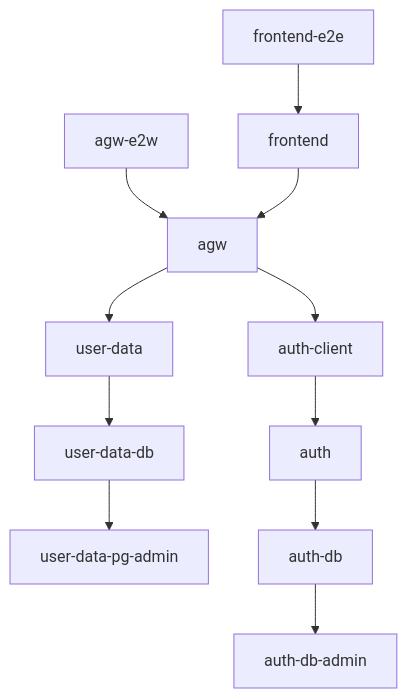
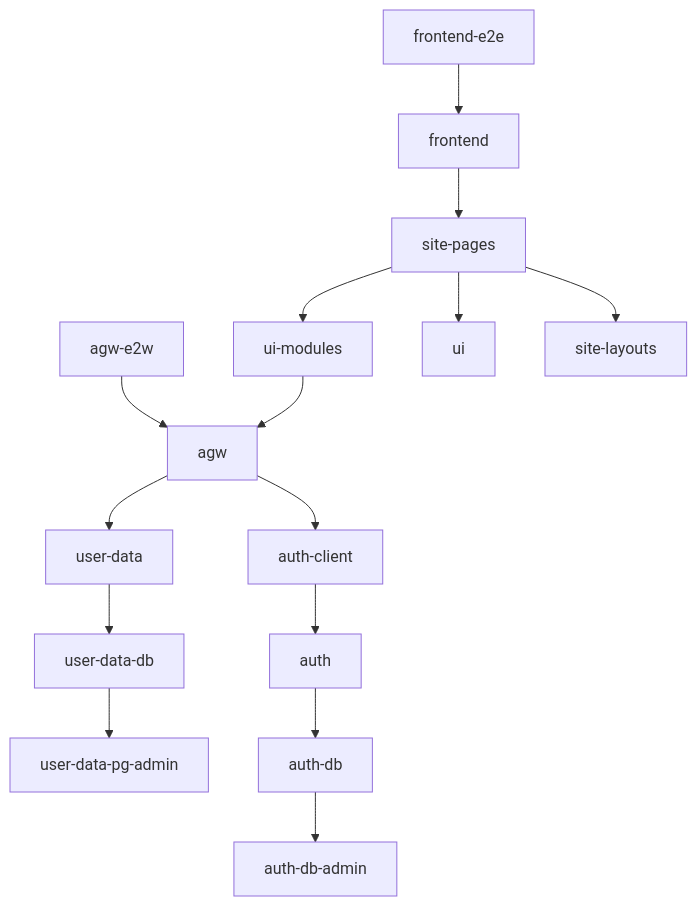
One commit to IT-Lab-KubSU/platform changed the diagram in README.md. Above: the diagram before and after it, drawn with Mermaid.

Commit message:
docs: update dep graph in the README.md

````diff
--- a/README.md
+++ b/README.md
@@ -72,13 +72,17 @@
 ```mermaid
 graph TD;
     agw-e2w-->agw;
     frontend-e2e-->frontend;
-    frontend-->agw;
+    ui-modules-->agw;
     agw-->user-data;
     user-data-->user-data-db;
     user-data-db-->user-data-pg-admin;
     agw-->auth-client;
     auth-client-->auth;
     auth-->auth-db;
     auth-db-->auth-db-admin;
+    site-pages-->ui;
+    site-pages-->ui-modules;
+    frontend-->site-pages;
+    site-pages-->site-layouts;
 ```
````
